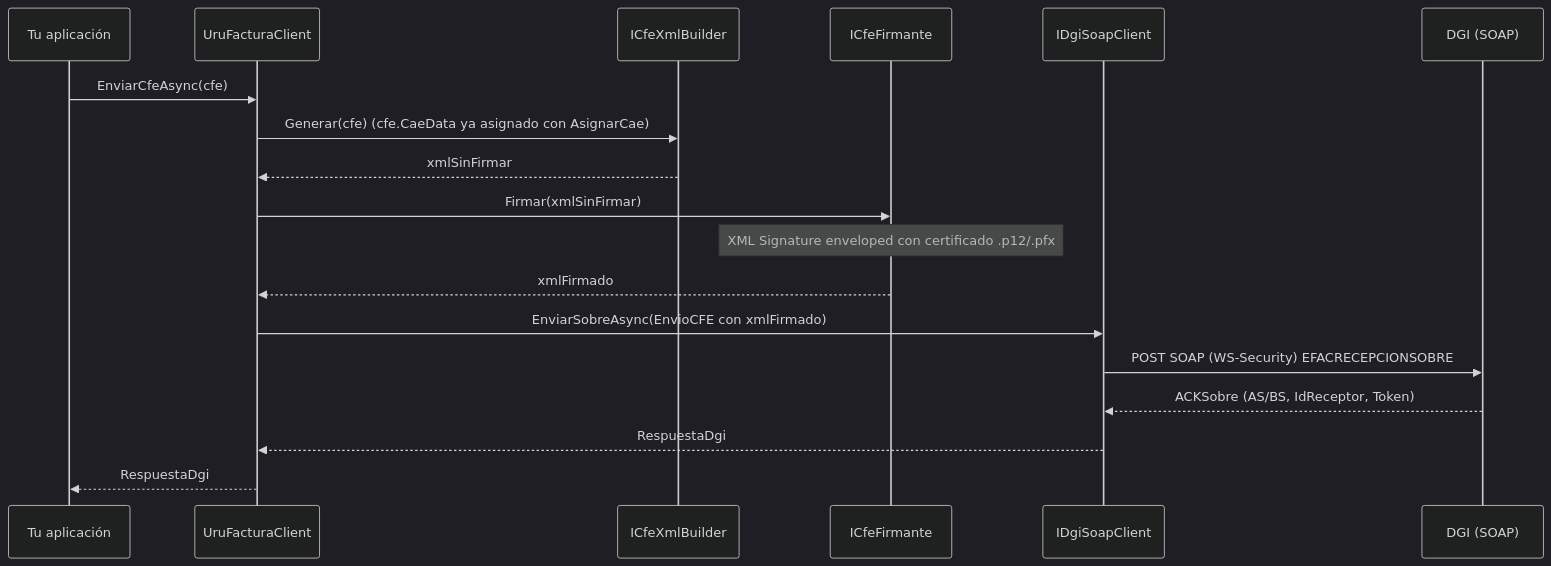
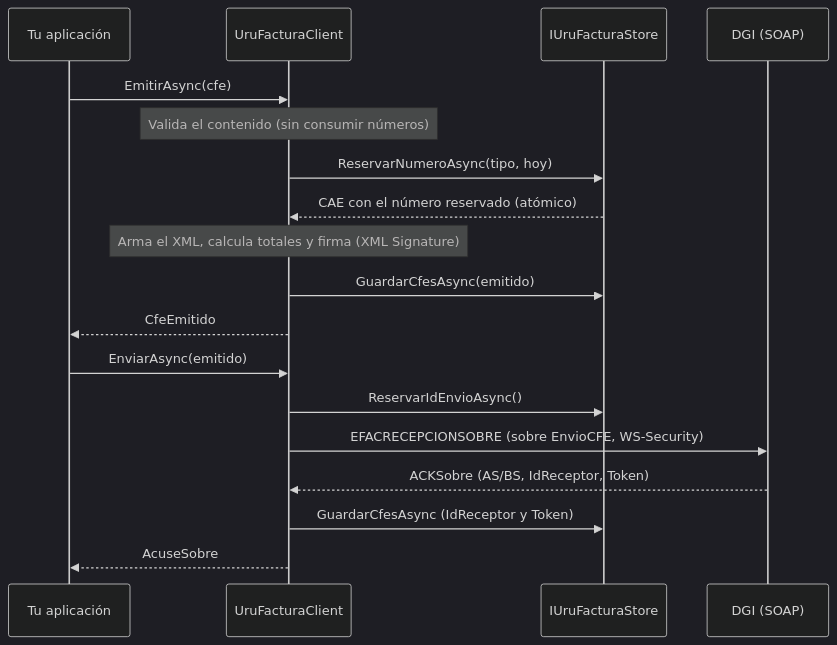
Before and after one commit to MathiasGonzalez/UruFactura: the second of 7 diagrams in landing/src/content/docs/guides/workflows.mdx, drawn with Mermaid (dark theme). The commit also changed other lines of this file and 132 other files, not shown here.

First line of the commit message:
UruFactura 2.0: API simplificada y documentación alineada con el código

````diff
--- a/landing/src/content/docs/guides/workflows.mdx
+++ b/landing/src/content/docs/guides/workflows.mdx
@@ -47,21 +41,22 @@
 ```mermaid
 sequenceDiagram
     participant App as Tu aplicación
     participant Client as UruFacturaClient
-    participant Xml as ICfeXmlBuilder
-    participant Firma as ICfeFirmante
-    participant Soap as IDgiSoapClient
+    participant Store as IUruFacturaStore
     participant DGI as DGI (SOAP)
 
-    App->>Client: EnviarCfeAsync(cfe)
-    Client->>Xml: Generar(cfe)  (cfe.CaeData ya asignado con AsignarCae)
-    Xml-->>Client: xmlSinFirmar
-    Client->>Firma: Firmar(xmlSinFirmar)
-    Note over Firma: XML Signature enveloped con certificado .p12/.pfx
-    Firma-->>Client: xmlFirmado
-    Client->>Soap: EnviarSobreAsync(EnvioCFE con xmlFirmado)
-    Soap->>DGI: POST SOAP (WS-Security) EFACRECEPCIONSOBRE
-    DGI-->>Soap: ACKSobre (AS/BS, IdReceptor, Token)
-    Soap-->>Client: RespuestaDgi
-    Client-->>App: RespuestaDgi
+    App->>Client: EmitirAsync(cfe)
+    Note over Client: Valida el contenido (sin consumir números)
+    Client->>Store: ReservarNumeroAsync(tipo, hoy)
+    Store-->>Client: CAE con el número reservado (atómico)
+    Note over Client: Arma el XML, calcula totales y firma (XML Signature)
+    Client->>Store: GuardarCfesAsync(emitido)
+    Client-->>App: CfeEmitido
+
+    App->>Client: EnviarAsync(emitido)
+    Client->>Store: ReservarIdEnvioAsync()
+    Client->>DGI: EFACRECEPCIONSOBRE (sobre EnvioCFE, WS-Security)
+    DGI-->>Client: ACKSobre (AS/BS, IdReceptor, Token)
+    Client->>Store: GuardarCfesAsync (IdReceptor y Token)
+    Client-->>App: AcuseSobre
 ```
````
